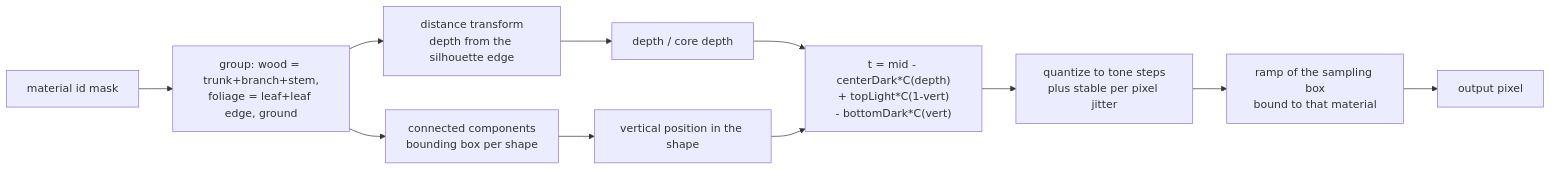
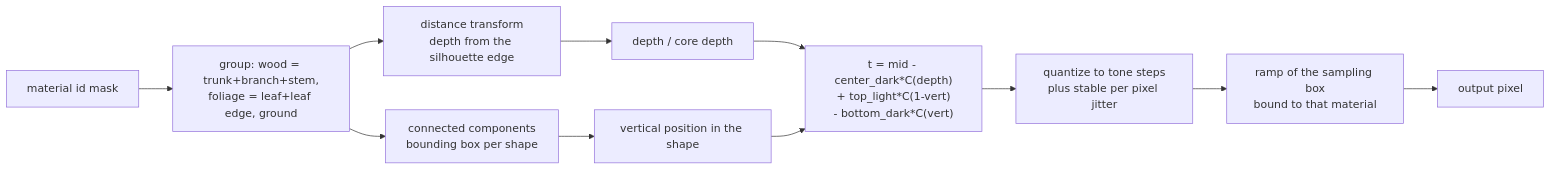
One commit to tmpk13/grow changed the seventh of 29 diagrams in ARCHITECTURE.md. Above: the diagram before and after it, drawn with Mermaid. The commit also changed other lines of this file and 55 other files, not shown here.

````diff
--- a/ARCHITECTURE.md
+++ b/ARCHITECTURE.md
@@ -240,13 +409,13 @@
 ```mermaid
 flowchart LR
   mask["material id mask"] --> group["group: wood = trunk+branch+stem,<br/>foliage = leaf+leaf edge, ground"]
   group --> dt["distance transform<br/>depth from the silhouette edge"]
   group --> cc["connected components<br/>bounding box per shape"]
   dt --> nd["depth / core depth"]
   cc --> vert["vertical position in the shape"]
-  nd --> curve["t = mid - centerDark*C(depth)<br/>+ topLight*C(1-vert)<br/>- bottomDark*C(vert)"]
+  nd --> curve["t = mid - center_dark*C(depth)<br/>+ top_light*C(1-vert)<br/>- bottom_dark*C(vert)"]
   vert --> curve
   curve --> q["quantize to tone steps<br/>plus stable per pixel jitter"]
   q --> ramp["ramp of the sampling box<br/>bound to that material"]
   ramp --> px["output pixel"]
 ```
````
